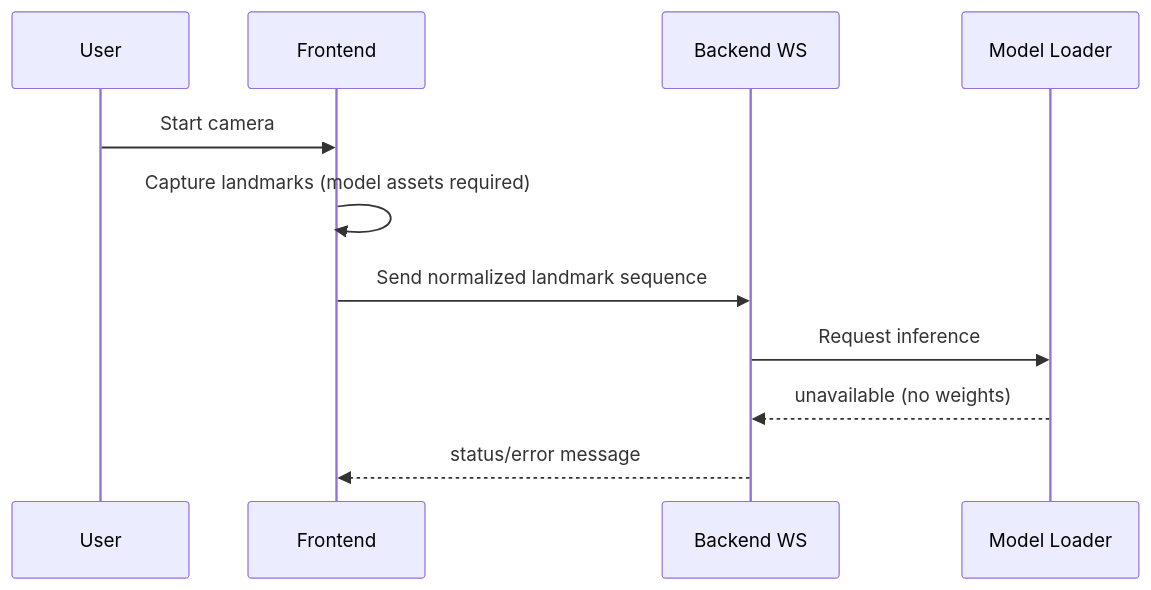
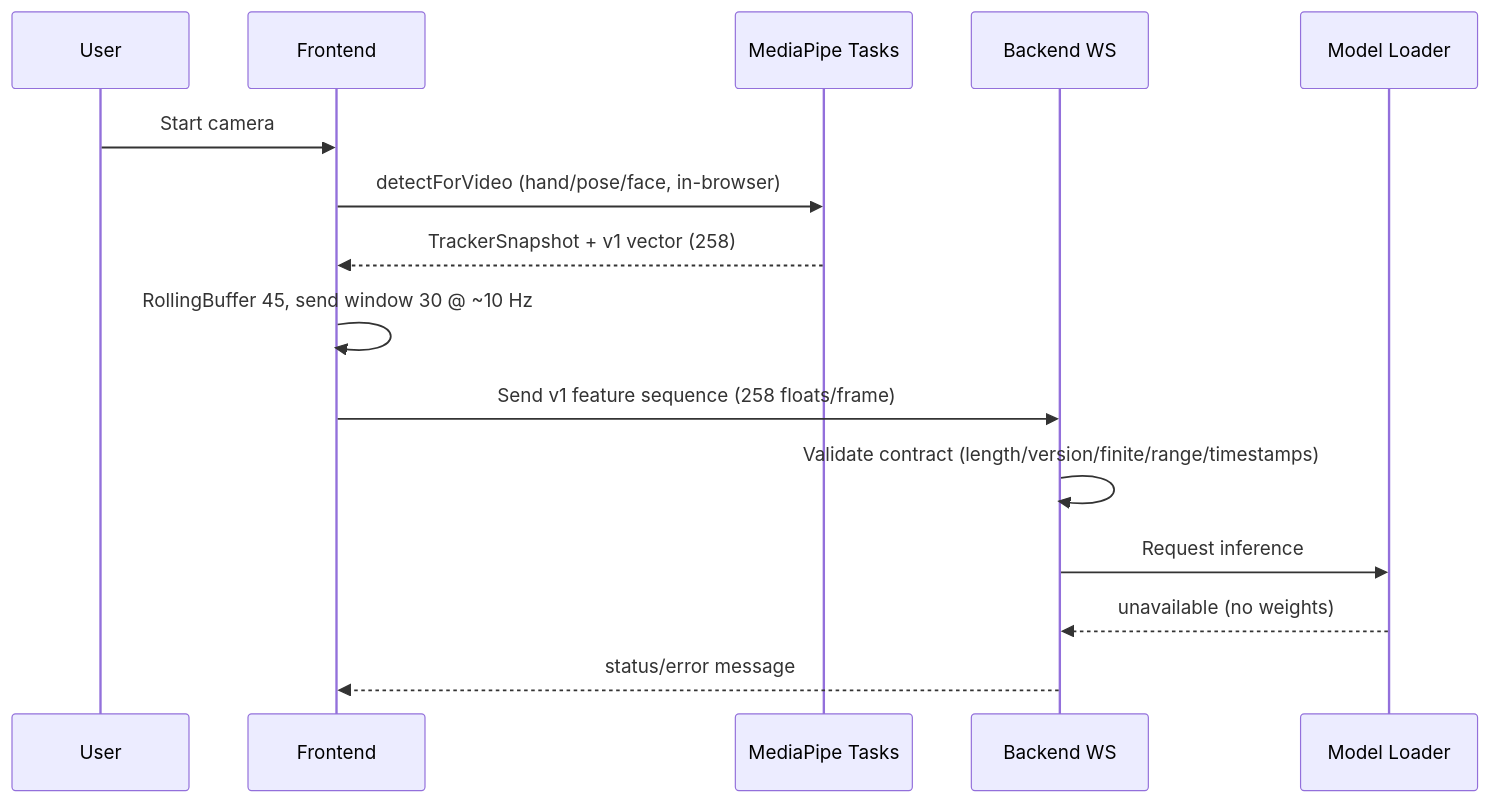
The diagram in docs/LIVE_INFERENCE.md (Jeevangowda05/sanket-ai), drawn with Mermaid before and after one commit. The commit also changed other lines of this file and 28 other files, not shown here.

Commit message:
Harden v1 feature contract and model loading

````diff
--- a/docs/LIVE_INFERENCE.md
+++ b/docs/LIVE_INFERENCE.md
@@ -3,13 +3,17 @@
 ```mermaid
 sequenceDiagram
   participant U as User
   participant FE as Frontend
+  participant MP as MediaPipe Tasks
   participant WS as Backend WS
   participant M as Model Loader
   U->>FE: Start camera
-  FE->>FE: Capture landmarks (model assets required)
-  FE->>WS: Send normalized landmark sequence
+  FE->>MP: detectForVideo (hand/pose/face, in-browser)
+  MP-->>FE: TrackerSnapshot + v1 vector (258)
+  FE->>FE: RollingBuffer 45, send window 30 @ ~10 Hz
+  FE->>WS: Send v1 feature sequence (258 floats/frame)
+  WS->>WS: Validate contract (length/version/finite/range/timestamps)
   WS->>M: Request inference
   M-->>WS: unavailable (no weights)
   WS-->>FE: status/error message
 ```
````
